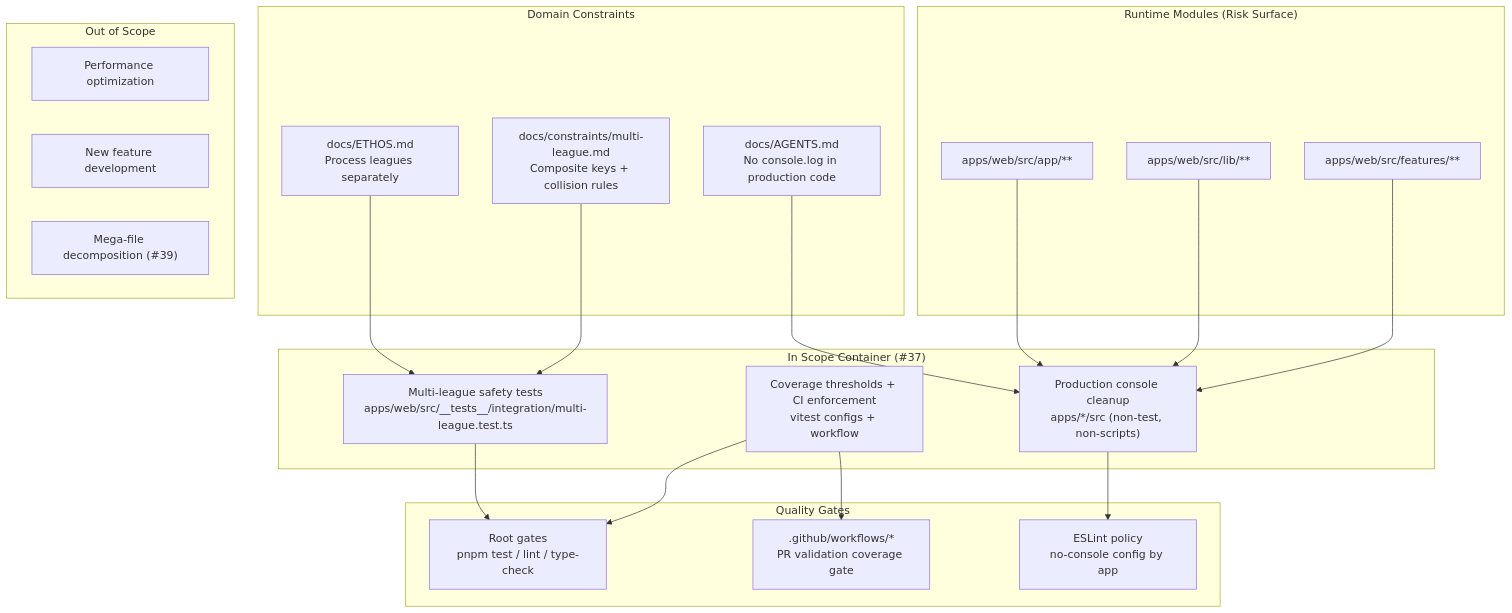
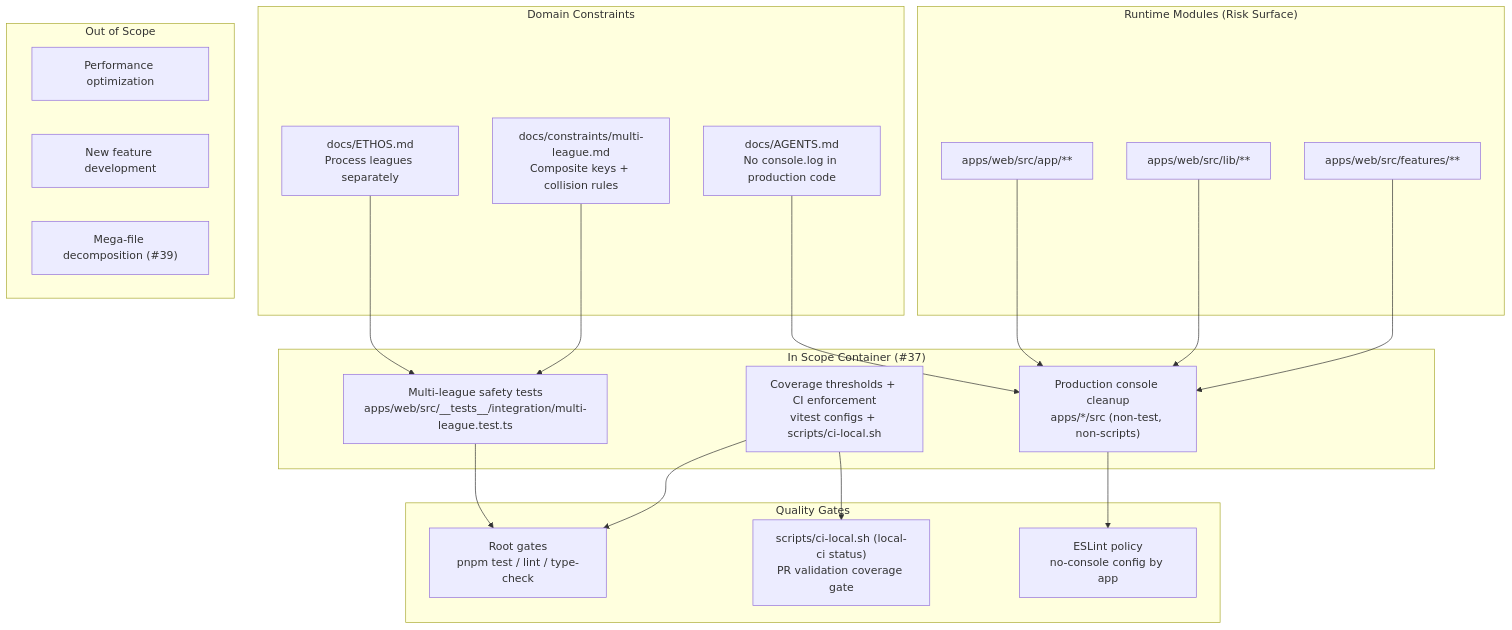
One commit to dmethi/gauntlet-website changed the diagram in docs/domain-map.md. Above: the diagram before and after it, drawn with Mermaid. The commit also changed 6 other files, not shown here.

````diff
--- a/docs/domain-map.md
+++ b/docs/domain-map.md
@@ -6,45 +6,45 @@
 ```mermaid
 flowchart TD
   subgraph Constraints["Domain Constraints"]
     ETHOS["docs/ETHOS.md\nProcess leagues separately"]
     MLC["docs/constraints/multi-league.md\nComposite keys + collision rules"]
     AGENTS["docs/AGENTS.md\nNo console.log in production code"]
   end
 
   subgraph InScope["In Scope Container (#37)"]
     TST["Multi-league safety tests\napps/web/src/__tests__/integration/multi-league.test.ts"]
-    COV["Coverage thresholds + CI enforcement\nvitest configs + workflow"]
+    COV["Coverage thresholds + CI enforcement\nvitest configs + scripts/ci-local.sh"]
     LOGS["Production console cleanup\napps/*/src (non-test, non-scripts)"]
   end
 
   subgraph Runtime["Runtime Modules (Risk Surface)"]
     WEBAPP["apps/web/src/app/**"]
     WEBLIB["apps/web/src/lib/**"]
     WEBFEAT["apps/web/src/features/**"]
   end
 
   subgraph Tooling["Quality Gates"]
     ROOT["Root gates\npnpm test / lint / type-check"]
     ESLINT["ESLint policy\nno-console config by app"]
-    CI[".github/workflows/*\nPR validation coverage gate"]
+    CI["scripts/ci-local.sh (local-ci status)\nPR validation coverage gate"]
   end
 
   subgraph OutScope["Out of Scope"]
     PERF["Performance optimization"]
     NEWFEAT["New feature development"]
     MEGA["Mega-file decomposition (#39)"]
   end
 
   ETHOS --> TST
   MLC --> TST
   AGENTS --> LOGS
 
   TST --> ROOT
   COV --> CI
   COV --> ROOT
   LOGS --> ESLINT
 
   WEBAPP --> LOGS
   WEBLIB --> LOGS
   WEBFEAT --> LOGS
 ```
````
